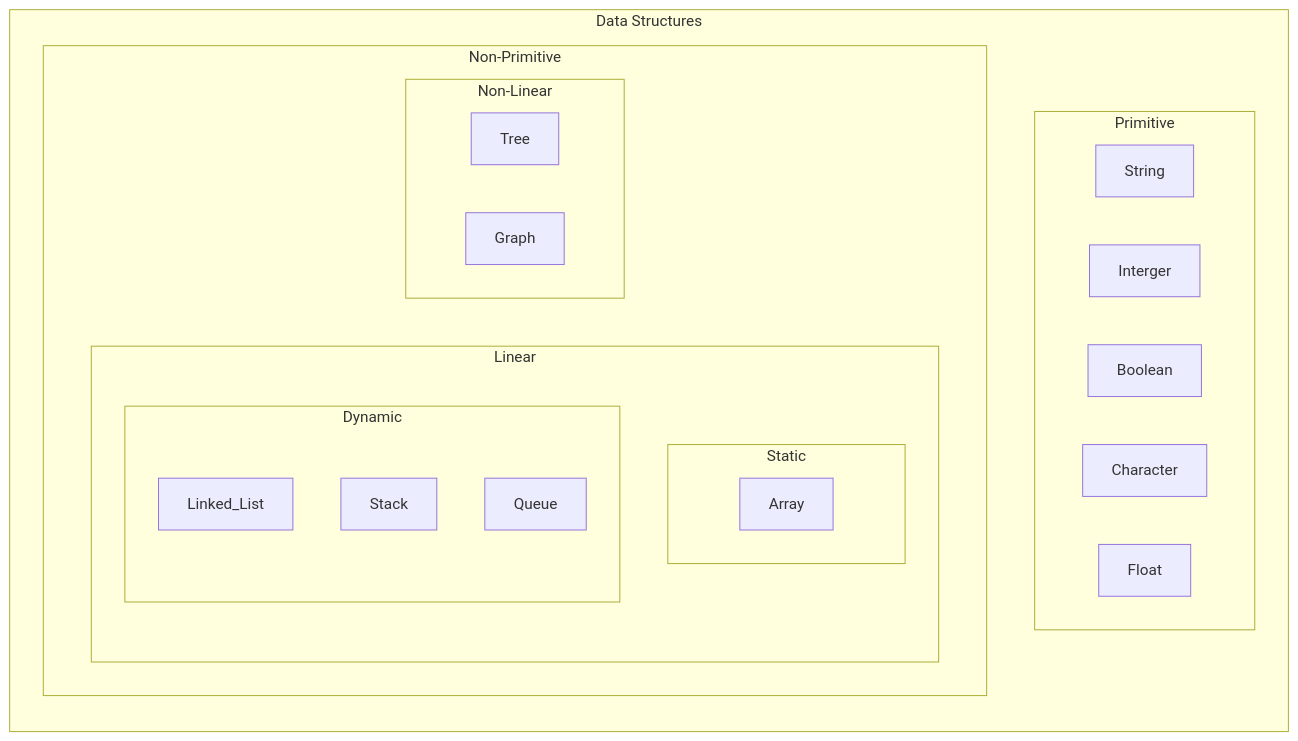
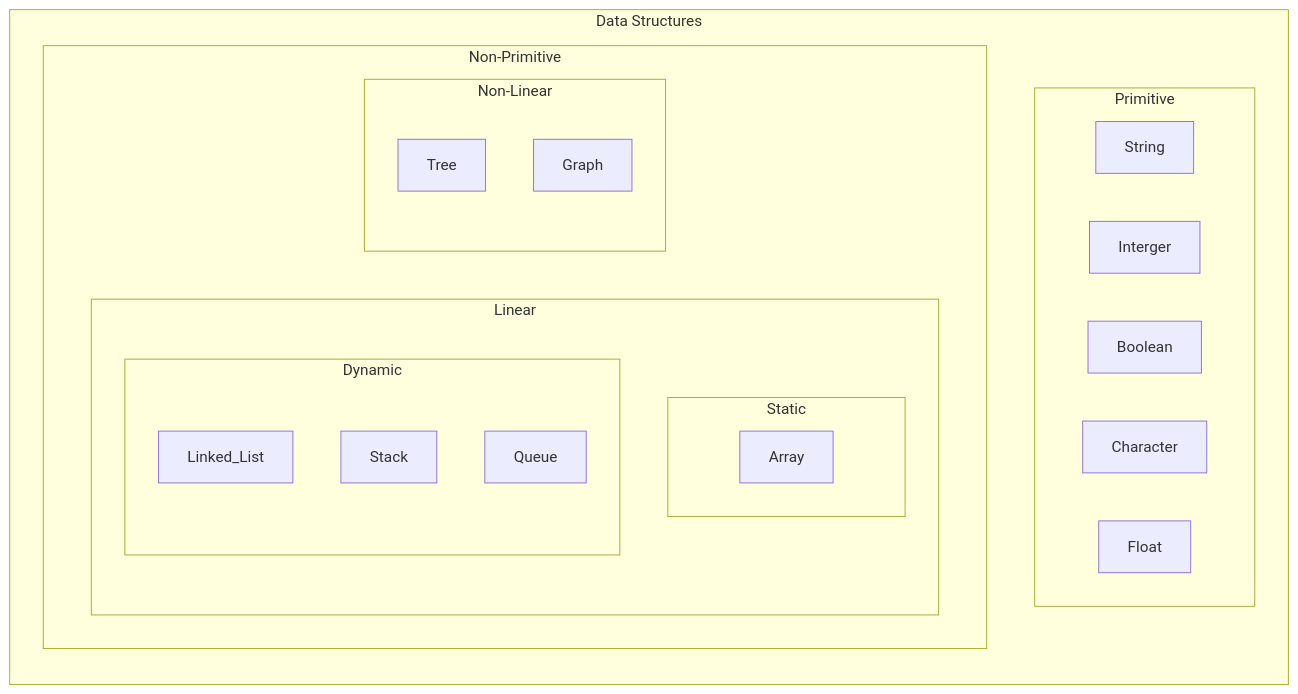
The diagram in introduction/notes/data-structures.md (reubendevries/python-algorithims-data-structures), drawn with Mermaid before and after one commit.

`````diff
--- a/introduction/notes/data-structures.md
+++ b/introduction/notes/data-structures.md
@@ -4,30 +4,31 @@
 ````mermaid
 flowchart LR
     subgraph Data Structures
         direction TB
         subgraph Primitive
             String
             Interger
             Boolean
             Character
             Float
         end
         subgraph Non-Primitive
             subgraph Linear
                 direction TB
                 subgraph Static
                     Array
                 end
                 subgraph Dynamic
                     Linked_List
                     Stack
                     Queue
                 end
             end
             subgraph Non-Linear
+                direction TB
                 Tree
                 Graph
             end
         end
     end
 ````
`````
